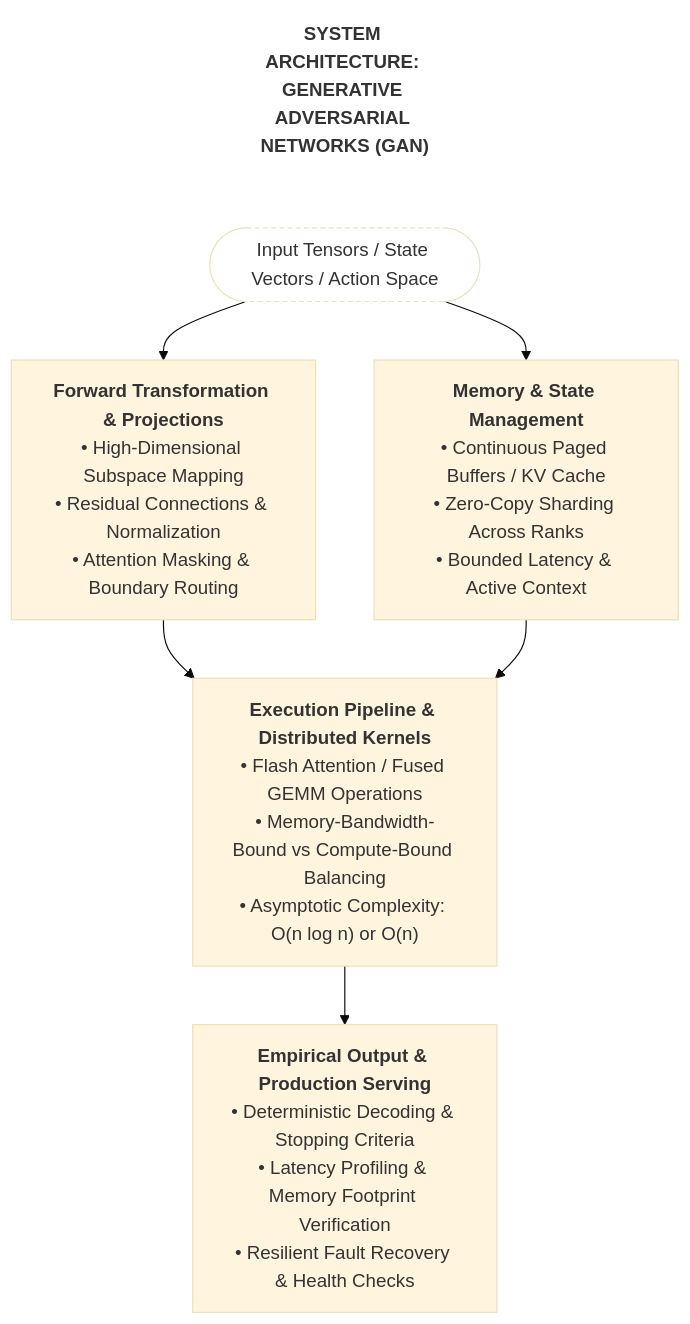
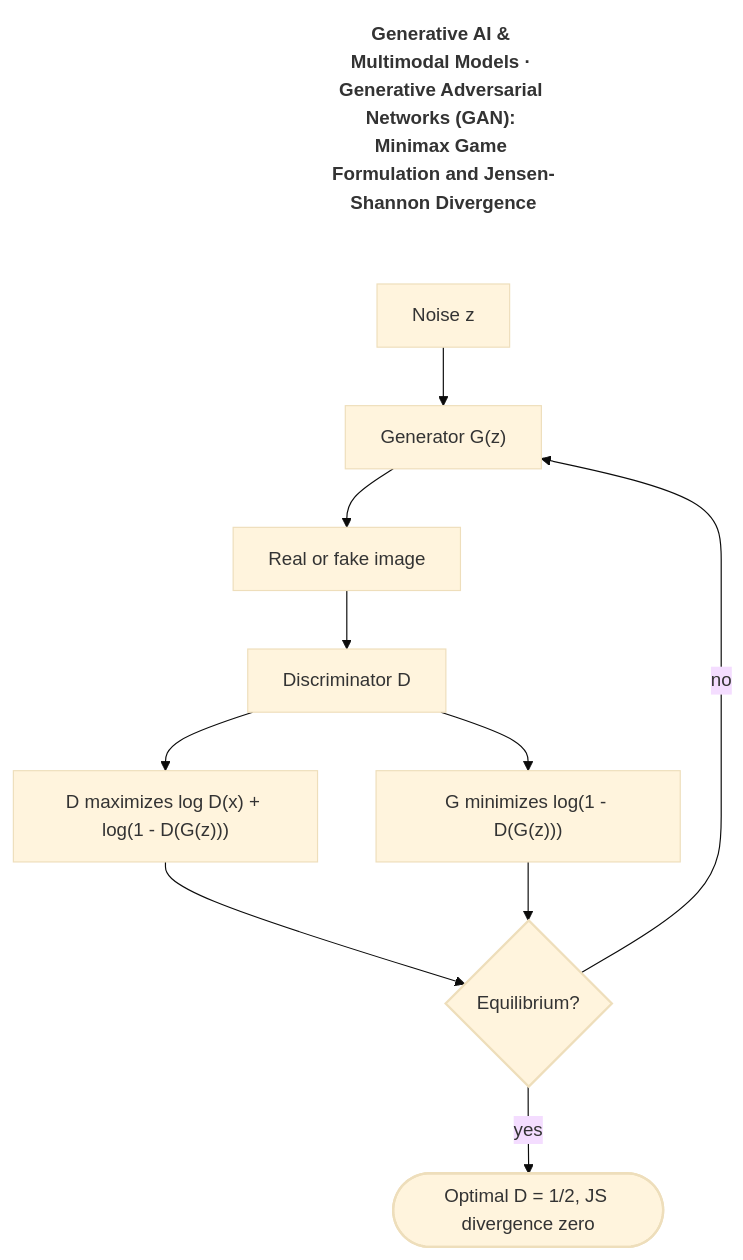
One commit to SahajIVVIX-1/blogs changed the diagram in src/content/posts/2026/06/2026-06-04-genai-11-generative-adversarial-networks-gan.md. Above: the diagram before and after it, drawn with Mermaid (base theme). The commit also changed 361 other files, not shown here.

Commit message:
content: study flowcharts phases 13-15 and 7.2; all 1,307 study posts now have unique Mermaid diagrams

````diff
--- a/src/content/posts/2026/06/2026-06-04-genai-11-generative-adversarial-networks-gan.md
+++ b/src/content/posts/2026/06/2026-06-04-genai-11-generative-adversarial-networks-gan.md
@@ -48,17 +48,28 @@
 ```mermaid
 flowchart TD
-    T(["SYSTEM ARCHITECTURE: GENERATIVE ADVERSARIAL NETWORKS (GAN)"]):::title
-    I(["Input Tensors / State Vectors / Action Space"]):::io
-    L["<b>Forward Transformation #amp; Projections</b><br/>• High-Dimensional Subspace Mapping<br/>• Residual Connections #amp; Normalization<br/>• Attention Masking #amp; Boundary Routing"]
-    R["<b>Memory #amp; State Management</b><br/>• Continuous Paged Buffers / KV Cache<br/>• Zero-Copy Sharding Across Ranks<br/>• Bounded Latency #amp; Active Context"]
-    E["<b>Execution Pipeline #amp; Distributed Kernels</b><br/>• Flash Attention / Fused GEMM Operations<br/>• Memory-Bandwidth-Bound vs Compute-Bound Balancing<br/>• Asymptotic Complexity: O(n log n) or O(n)"]
-    O["<b>Empirical Output #amp; Production Serving</b><br/>• Deterministic Decoding #amp; Stopping Criteria<br/>• Latency Profiling #amp; Memory Footprint Verification<br/>• Resilient Fault Recovery #amp; Health Checks"]
-    T ~~~ I
-    I --> L
-    I --> R
-    L --> E
-    R --> E
-    E --> O
+    T(["Generative AI #amp; Multimodal Models · Generative Adversarial Networks (GAN): Minimax Game Formulation and Jensen-Shannon Divergence"]):::title
+    a["Noise z"]
+    b["Generator G(z)"]
+    c["Real or fake image"]
+    d["Discriminator D"]
+    e["D maximizes log D(x) + log(1 - D(G(z)))"]
+    f["G minimizes log(1 - D(G(z)))"]
+    g{"Equilibrium?"}
+    h(["Optimal D = 1/2, JS divergence zero"])
+    T ~~~ a
+    a --> b
+    b --> c
+    c --> d
+    d --> e
+    e --> g
+    d --> f
+    f --> g
+    g -- "yes" --> h
+    g -- "no" --> b
+    class g dec
+    class h term
     classDef title fill:transparent,stroke:transparent,font-weight:700;
-    classDef io fill:transparent,stroke-dasharray:4 3;
+    classDef term stroke-width:2px;
+    classDef store stroke-dasharray:4 3;
+    classDef dec stroke-width:2px;
 ```
````
